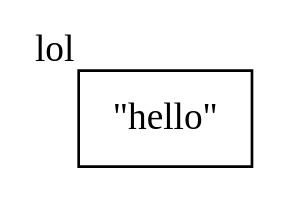
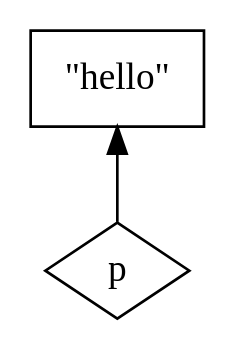
One commit to ronan-d/separation-logic-presentation changed the diagram in heap1.dot. Above: the diagram before and after it, drawn with Graphviz. The commit also changed 1 other file, not shown here.

```diff
--- a/heap1.dot
+++ b/heap1.dot
@@ -1,5 +1,10 @@
 digraph Heap {
+    rankdir = BT;
+
     node [shape=box];
 
-    hello [label="\"hello\"",xlabel="lol"]
+    hello [label="\"hello\""];
+    p [shape=diamond,label="p"];
+
+    p -> hello;
 }
```
